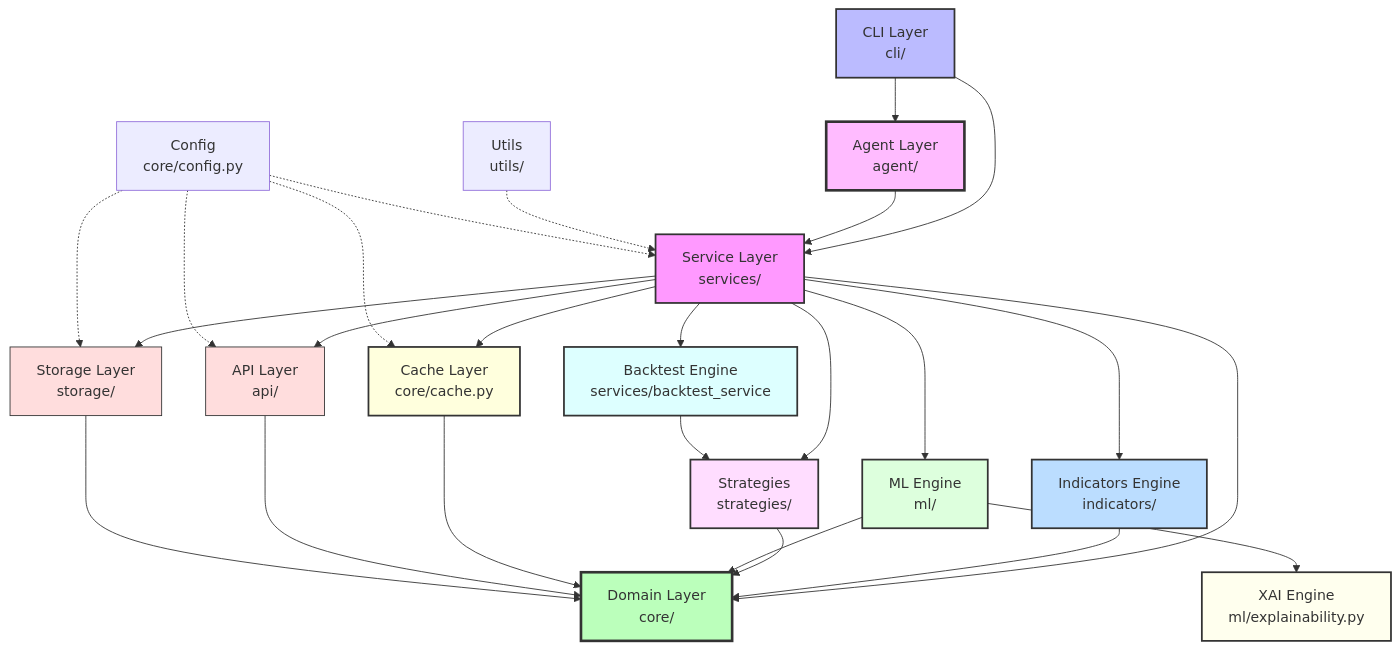
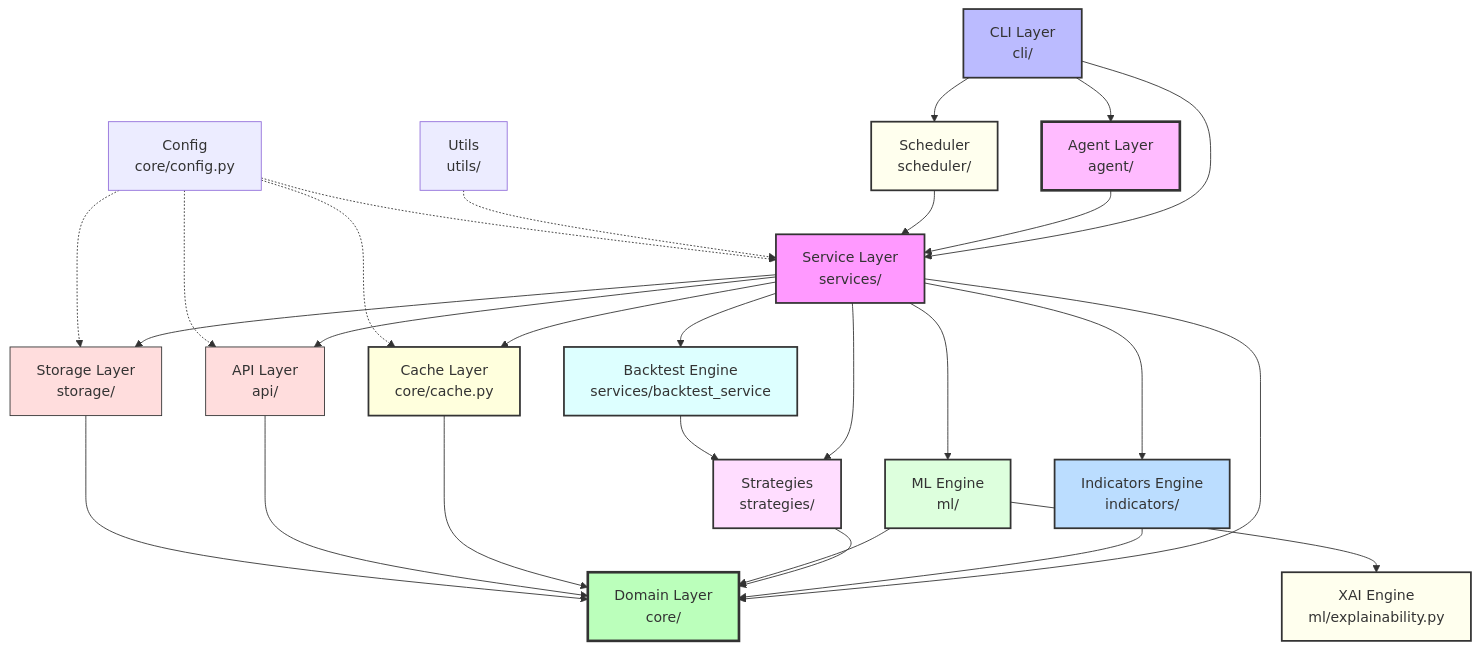
The diagram in README.md (YaserEleraky/forex-tracker), drawn with Mermaid before and after one commit. The commit also changed other lines of this file and 7 other files, not shown here.

````diff
--- a/README.md
+++ b/README.md
@@ -767,45 +892,48 @@
 ```mermaid
 graph TD
     A[CLI Layer<br/>cli/] --> B[Service Layer<br/>services/]
     A --> P[Agent Layer<br/>agent/]
+    A --> S[Scheduler<br/>scheduler/]
     
     P --> B
+    S --> B
     
     B --> C[API Layer<br/>api/]
     B --> D[Storage Layer<br/>storage/]
     B --> H[Indicators Engine<br/>indicators/]
     B --> K[Backtest Engine<br/>services/backtest_service]
     B --> L[Strategies<br/>strategies/]
     B --> M[ML Engine<br/>ml/]
     B --> J[Cache Layer<br/>core/cache.py]
     B --> E[Domain Layer<br/>core/]
     
     K --> L
     M --> N[XAI Engine<br/>ml/explainability.py]
     
     H --> E
     L --> E
     M --> E
     J --> E
     C --> E
     D --> E
     
     F[Utils<br/>utils/] -.-> B
     G[Config<br/>core/config.py] -.-> C
     G -.-> D
     G -.-> J
     G -.-> B
 
     style A fill:#bbf,stroke:#333,stroke-width:2px
     style P fill:#fbf,stroke:#333,stroke-width:3px
+    style S fill:#ffe,stroke:#333,stroke-width:2px
     style B fill:#f9f,stroke:#333,stroke-width:2px
     style E fill:#bfb,stroke:#333,stroke-width:3px
     style H fill:#bdf,stroke:#333,stroke-width:2px
     style K fill:#dff,stroke:#333,stroke-width:2px
     style L fill:#fdf,stroke:#333,stroke-width:2px
     style M fill:#dfd,stroke:#333,stroke-width:2px
     style N fill:#ffe,stroke:#333,stroke-width:2px
     style J fill:#ffd,stroke:#333,stroke-width:2px
     style C fill:#fdd,stroke:#333
     style D fill:#fdd,stroke:#333
 ```
````
